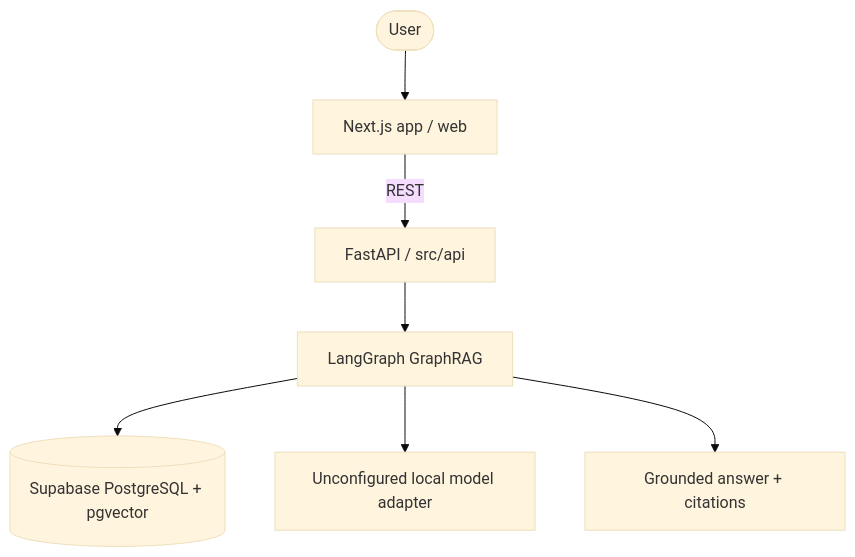
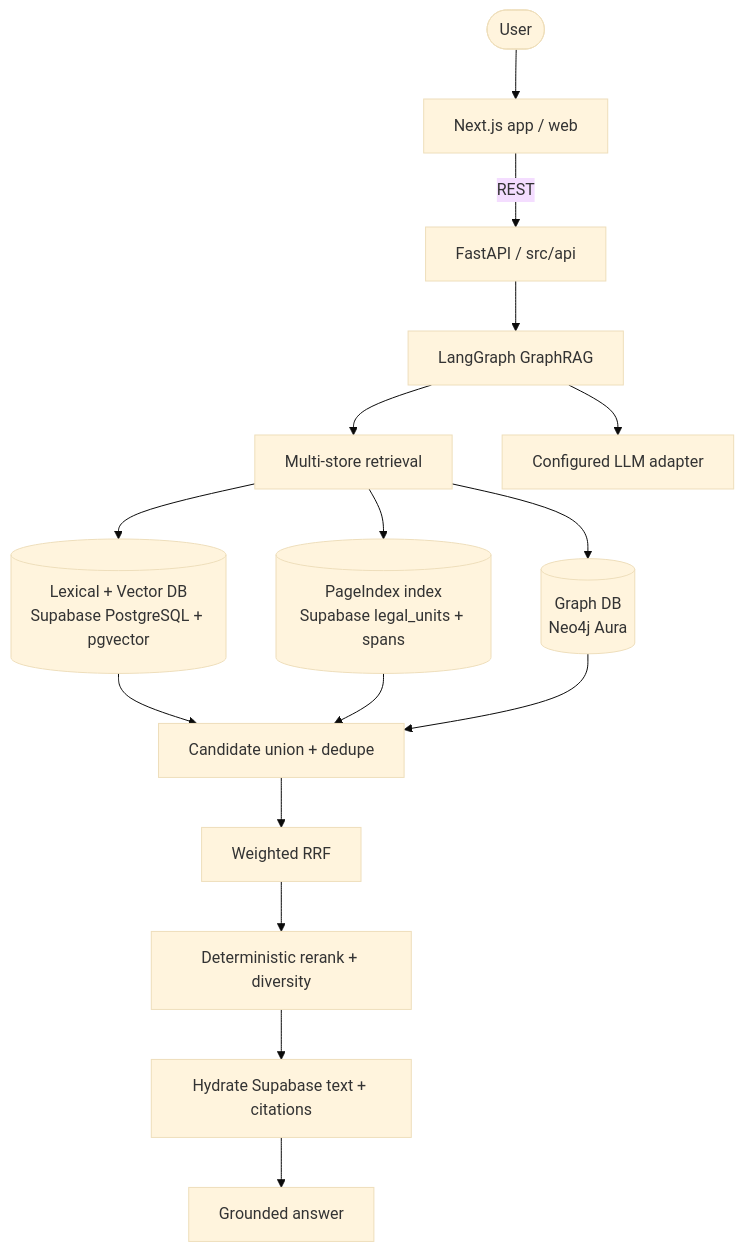
Before and after one commit to HOANGQUANGMINH371195/TEAM_GENIUS: the first of 2 diagrams in docs/architecture_diagram.md, drawn with Mermaid (base theme). The commit also changed other lines of this file and 57 other files, not shown here.

Commit message:
Migrate data layer to Neo4j and GraphRAG indexes

````diff
--- a/docs/architecture_diagram.md
+++ b/docs/architecture_diagram.md
@@ -5,9 +5,18 @@
 ```mermaid
 graph TB
     User([User]) --> Web[Next.js app / web]
     Web -->|REST| API[FastAPI / src/api]
     API --> Agent[LangGraph GraphRAG]
-    Agent --> DB[(Supabase PostgreSQL + pgvector)]
-    Agent --> Model[Unconfigured local model adapter]
-    Agent --> Answer[Grounded answer + citations]
+    Agent --> Retrieve[Multi-store retrieval]
+    Retrieve --> LV[(Lexical + Vector DB\nSupabase PostgreSQL + pgvector)]
+    Retrieve --> PI[(PageIndex index\nSupabase legal_units + spans)]
+    Retrieve --> G[(Graph DB\nNeo4j Aura)]
+    LV --> Union[Candidate union + dedupe]
+    PI --> Union
+    G --> Union
+    Union --> RRF[Weighted RRF]
+    RRF --> Rerank[Deterministic rerank + diversity]
+    Rerank --> Evidence[Hydrate Supabase text + citations]
+    Evidence --> Answer[Grounded answer]
+    Agent --> Model[Configured LLM adapter]
 ```
````
